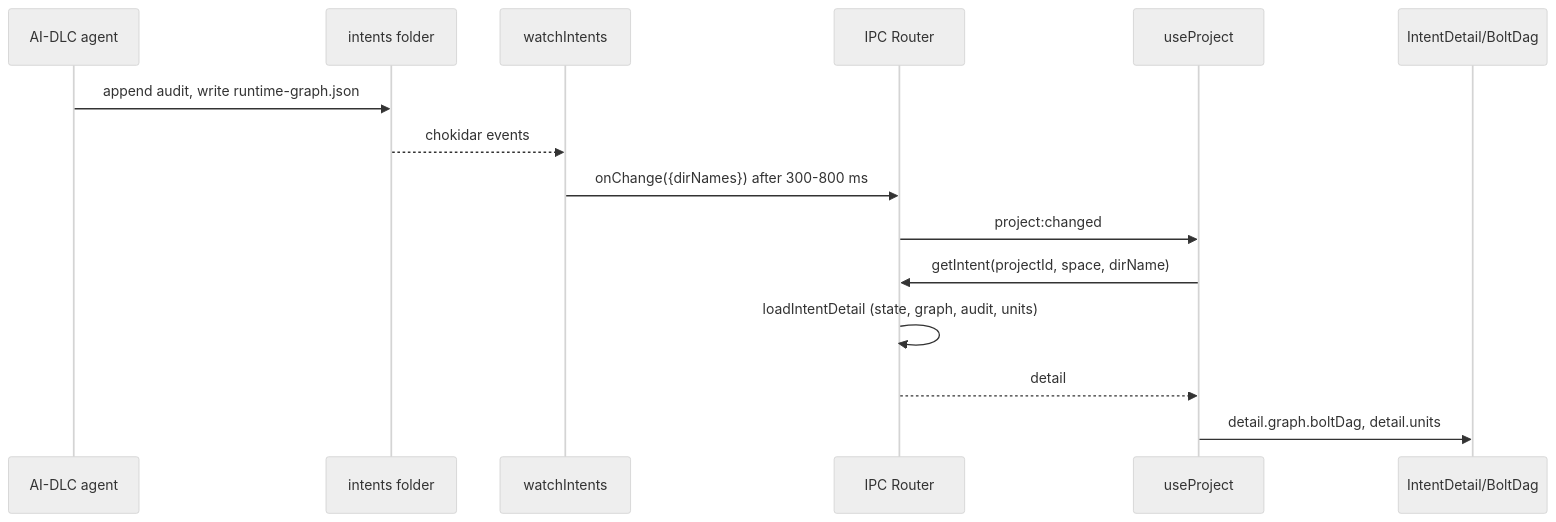
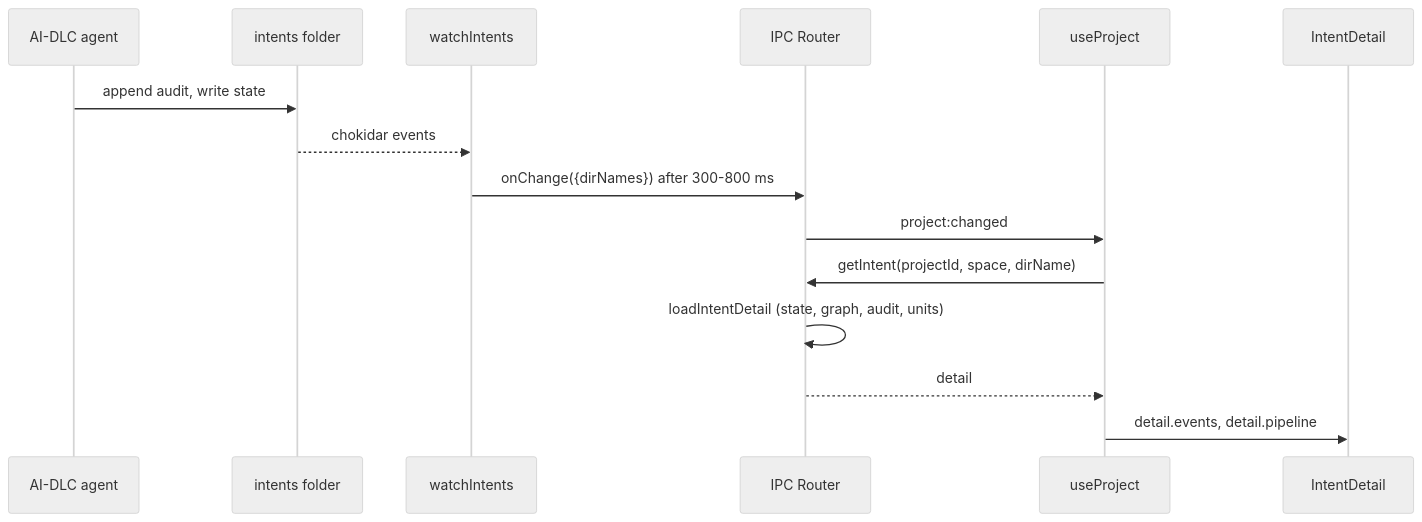
One commit to tochman/ai-dlc-thadeus changed the second of 4 diagrams in aidlc/spaces/default/codekb/aidlc-dash/architecture.md. Above: the diagram before and after it, drawn with Mermaid (neutral theme). The commit also changed other lines of this file and 57 other files, not shown here.

````diff
--- a/aidlc/spaces/default/codekb/aidlc-dash/architecture.md
+++ b/aidlc/spaces/default/codekb/aidlc-dash/architecture.md
@@ -106,17 +97,17 @@
 ```mermaid
 sequenceDiagram
   participant AG as AI-DLC agent
   participant FS as intents folder
   participant W as watchIntents
   participant IPC as IPC Router
   participant UP as useProject
-  participant ID as IntentDetail/BoltDag
-  AG->>FS: append audit, write runtime-graph.json
+  participant ID as IntentDetail
+  AG->>FS: append audit, write state
   FS-->>W: chokidar events
   W->>IPC: onChange({dirNames}) after 300-800 ms
   IPC->>UP: project:changed
   UP->>IPC: getIntent(projectId, space, dirName)
   IPC->>IPC: loadIntentDetail (state, graph, audit, units)
   IPC-->>UP: detail
-  UP->>ID: detail.graph.boltDag, detail.units
+  UP->>ID: detail.events, detail.pipeline
 ```
````
